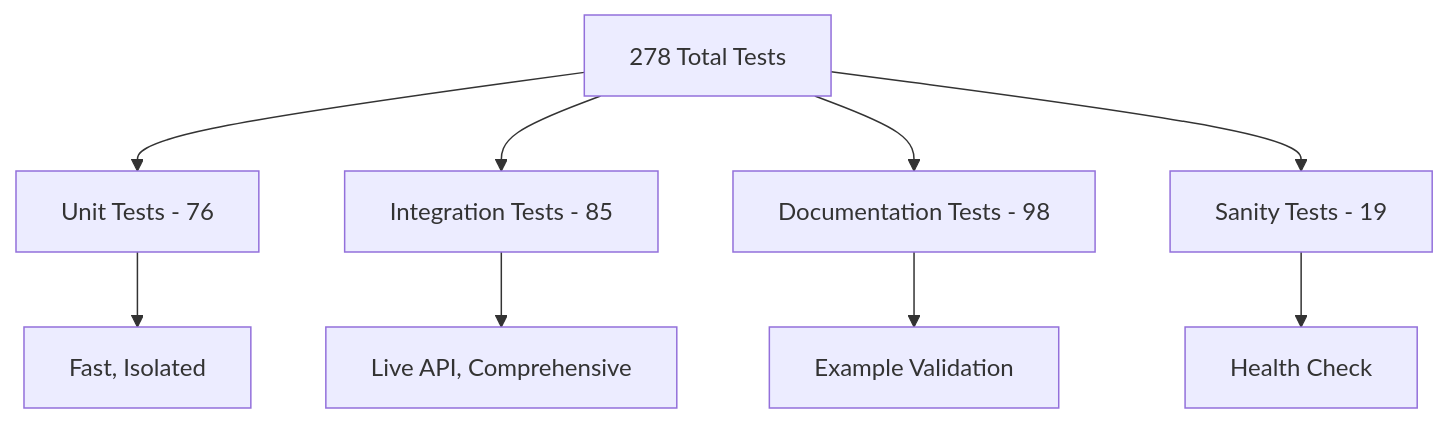
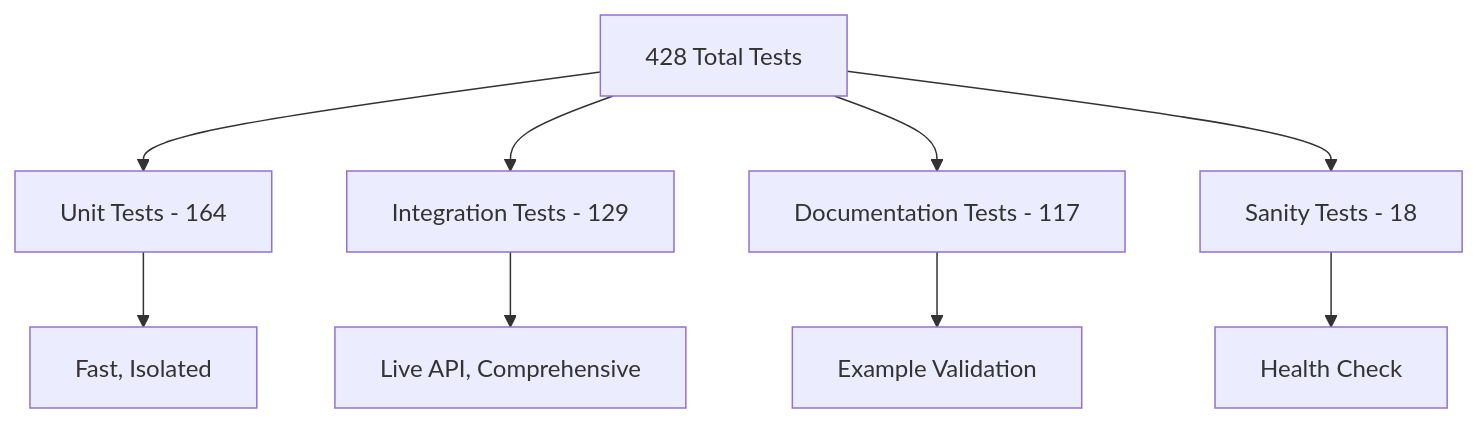
Before and after one commit to knowlen/esologs-python: the third of 4 diagrams in docs/development/architecture.md, drawn with Mermaid. The commit also changed other lines of this file and 7 other files, not shown here.

````diff
--- a/docs/development/architecture.md
+++ b/docs/development/architecture.md
@@ -286,12 +286,12 @@
 ```mermaid
 graph TB
-    A[278 Total Tests] --> B[Unit Tests - 76]
-    A --> C[Integration Tests - 85]
-    A --> D[Documentation Tests - 98]
-    A --> E[Sanity Tests - 19]
+    A[428 Total Tests] --> B[Unit Tests - 164]
+    A --> C[Integration Tests - 129]
+    A --> D[Documentation Tests - 117]
+    A --> E[Sanity Tests - 18]
 
     B --> F[Fast, Isolated]
     C --> G[Live API, Comprehensive]
     D --> H[Example Validation]
     E --> I[Health Check]
 ```
````
